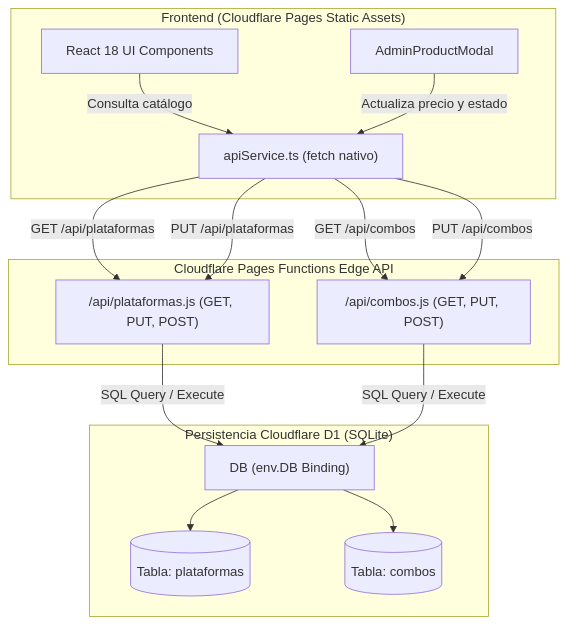
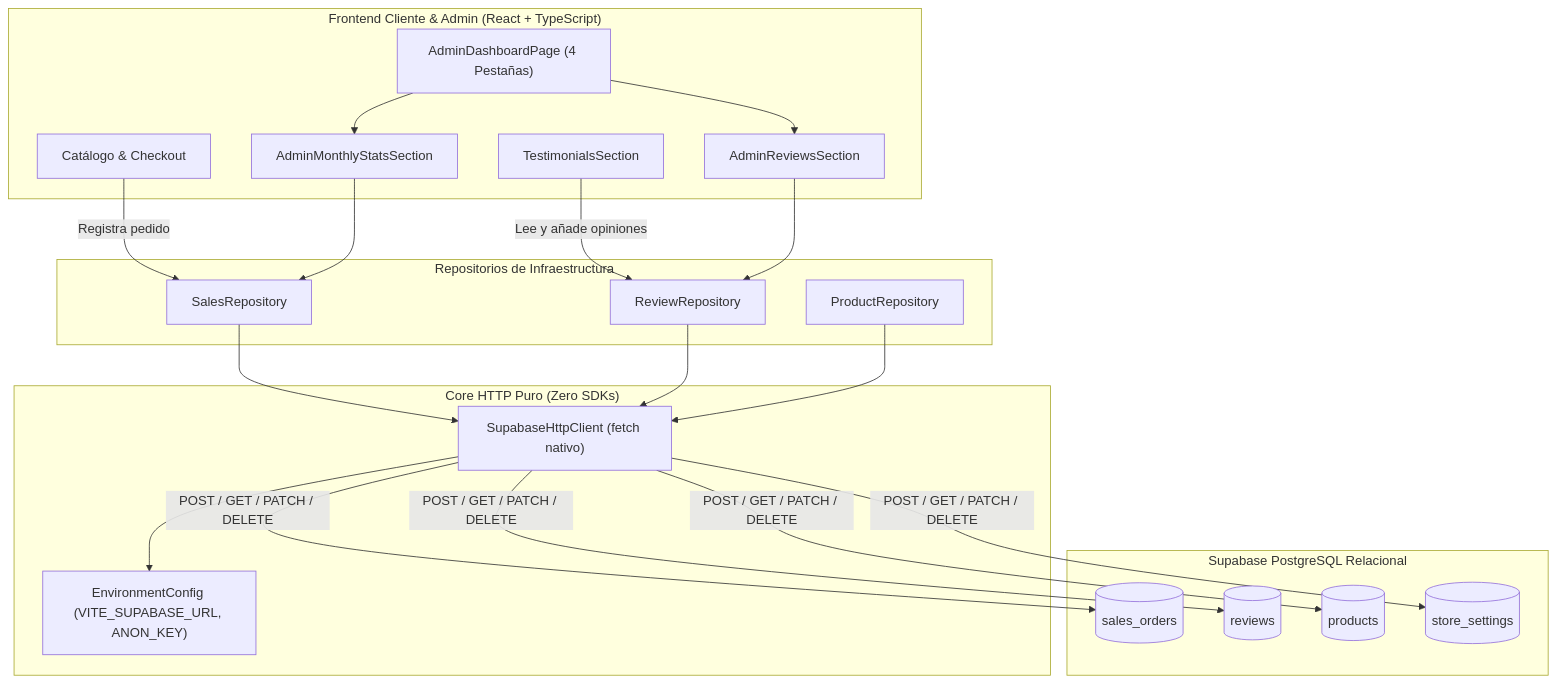
One commit to DavidSolorza/Streaming changed the diagram in docs/1_architecture.md. Above: the diagram before and after it, drawn with Mermaid. The commit also changed other lines of this file and 310 other files, not shown here.

Commit message:
feat(data): seed 44 catalog platforms and combos, sync sqlite, seed.sql and push full project architecture

````diff
--- a/docs/1_architecture.md
+++ b/docs/1_architecture.md
@@ -40,30 +42,45 @@
 ```mermaid
 graph TD
-    subgraph Frontend ["Frontend (Cloudflare Pages Static Assets)"]
-        UI["React 18 UI Components"]
-        AdminModal["AdminProductModal"]
-        APIService["apiService.ts (fetch nativo)"]
+    subgraph Client ["Frontend Cliente & Admin (React + TypeScript)"]
+        HomeUI["Catálogo & Checkout"]
+        AdminDashboard["AdminDashboardPage (4 Pestañas)"]
+        StatsSection["AdminMonthlyStatsSection"]
+        ReviewsSection["AdminReviewsSection"]
+        TestimonialsUI["TestimonialsSection"]
     end
 
-    subgraph Serverless ["Cloudflare Pages Functions Edge API"]
-        PlatEndpoint["/api/plataformas.js (GET, PUT, POST)"]
-        CombosEndpoint["/api/combos.js (GET, PUT, POST)"]
+    subgraph CoreHTTP ["Core HTTP Puro (Zero SDKs)"]
+        SupaClient["SupabaseHttpClient (fetch nativo)"]
+        EnvConfig["EnvironmentConfig (VITE_SUPABASE_URL, ANON_KEY)"]
     end
 
-    subgraph Database ["Persistencia Cloudflare D1 (SQLite)"]
-        D1Binding["DB (env.DB Binding)"]
-        PlatTable[("Tabla: plataformas")]
-        CombosTable[("Tabla: combos")]
+    subgraph Repositories ["Repositorios de Infraestructura"]
+        SalesRepo["SalesRepository"]
+        ReviewRepo["ReviewRepository"]
+        ProductRepo["ProductRepository"]
     end
 
-    UI -->|"Consulta catálogo"| APIService
-    AdminModal -->|"Actualiza precio y estado"| APIService
-    APIService -->|"GET /api/plataformas"| PlatEndpoint
-    APIService -->|"PUT /api/plataformas"| PlatEndpoint
-    APIService -->|"GET /api/combos"| CombosEndpoint
-    APIService -->|"PUT /api/combos"| CombosEndpoint
-    PlatEndpoint -->|"SQL Query / Execute"| D1Binding
-    CombosEndpoint -->|"SQL Query / Execute"| D1Binding
-    D1Binding --> PlatTable
-    D1Binding --> CombosTable
+    subgraph SupabaseDB ["Supabase PostgreSQL Relacional"]
+        TOrders[("sales_orders")]
+        TReviews[("reviews")]
+        TProducts[("products")]
+        TSettings[("store_settings")]
+    end
+
+    HomeUI -->|"Registra pedido"| SalesRepo
+    TestimonialsUI -->|"Lee y añade opiniones"| ReviewRepo
+    AdminDashboard --> StatsSection
+    AdminDashboard --> ReviewsSection
+    StatsSection --> SalesRepo
+    ReviewsSection --> ReviewRepo
+
+    SalesRepo --> SupaClient
+    ReviewRepo --> SupaClient
+    ProductRepo --> SupaClient
+    SupaClient --> EnvConfig
+
+    SupaClient -->|"POST / GET / PATCH / DELETE"| TOrders
+    SupaClient -->|"POST / GET / PATCH / DELETE"| TReviews
+    SupaClient -->|"POST / GET / PATCH / DELETE"| TProducts
+    SupaClient -->|"POST / GET / PATCH / DELETE"| TSettings
 ```
````
